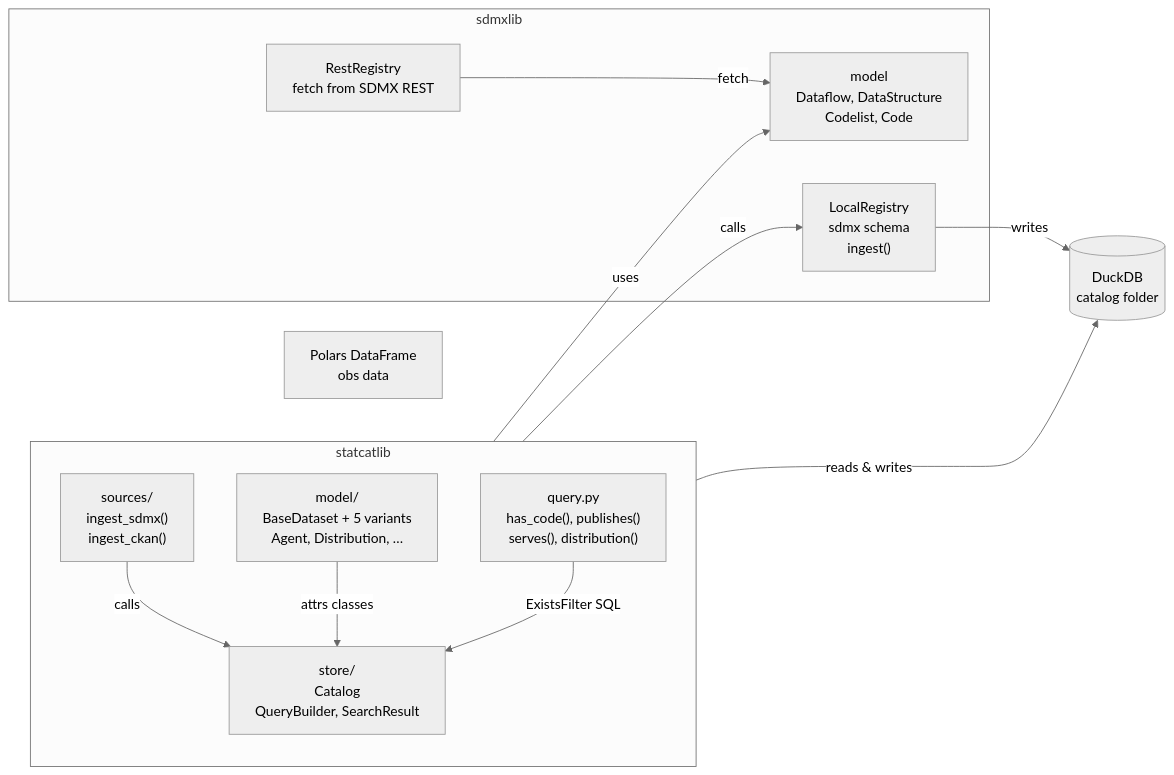
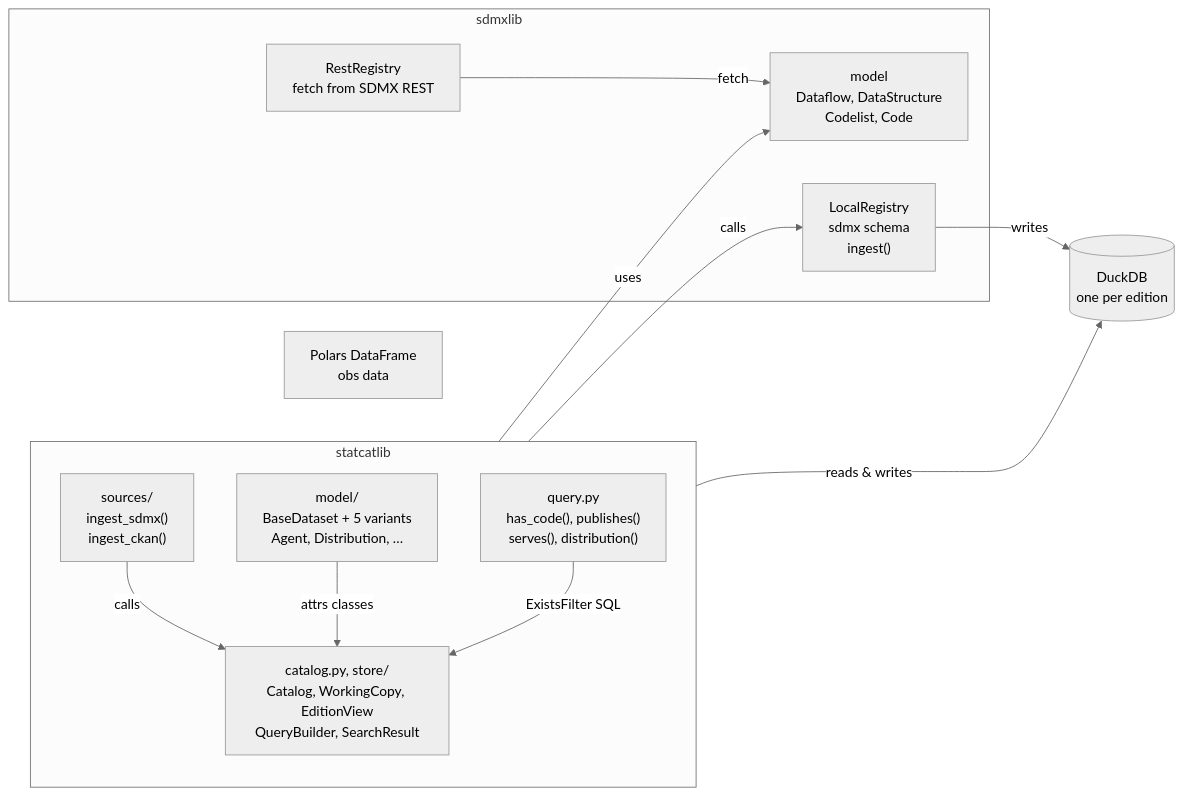
The second of 4 diagrams in docs/index.md (StatCat-Suite/statcatlib), drawn with Mermaid (neutral theme) before and after one commit. The commit also changed other lines of this file and 12 other files, not shown here.

````diff
--- a/docs/index.md
+++ b/docs/index.md
@@ -85,28 +113,28 @@
 ```mermaid
 graph LR
     subgraph statcatlib
         direction TB
         MODEL["model/\nBaseDataset + 5 variants\nAgent, Distribution, …"]
-        STORE["store/\nCatalog\nQueryBuilder, SearchResult"]
+        STORE["catalog.py, store/\nCatalog, WorkingCopy, EditionView\nQueryBuilder, SearchResult"]
         QUERY["query.py\nhas_code(), publishes()\nserves(), distribution()"]
         SOURCES["sources/\ningest_sdmx()\ningest_ckan()"]
     end
 
     subgraph sdmxlib
         SLMODEL["model\nDataflow, DataStructure\nCodelist, Code"]
         SLSTORAGE["LocalRegistry\nsdmx schema\ningest()"]
         SLREST["RestRegistry\nfetch from SDMX REST"]
     end
 
-    DUCKDB[("DuckDB\ncatalog folder")]
+    DUCKDB[("DuckDB\none per edition")]
     POLARS["Polars DataFrame\nobs data"]
 
     SLREST -->|fetch| SLMODEL
     SOURCES -->|uses| SLMODEL
     SOURCES -->|calls| SLSTORAGE
     SOURCES -->|calls| STORE
     SLSTORAGE -->|writes| DUCKDB
     STORE -->|reads & writes| DUCKDB
     MODEL -->|attrs classes| STORE
     QUERY -->|ExistsFilter SQL| STORE
 ```
````
